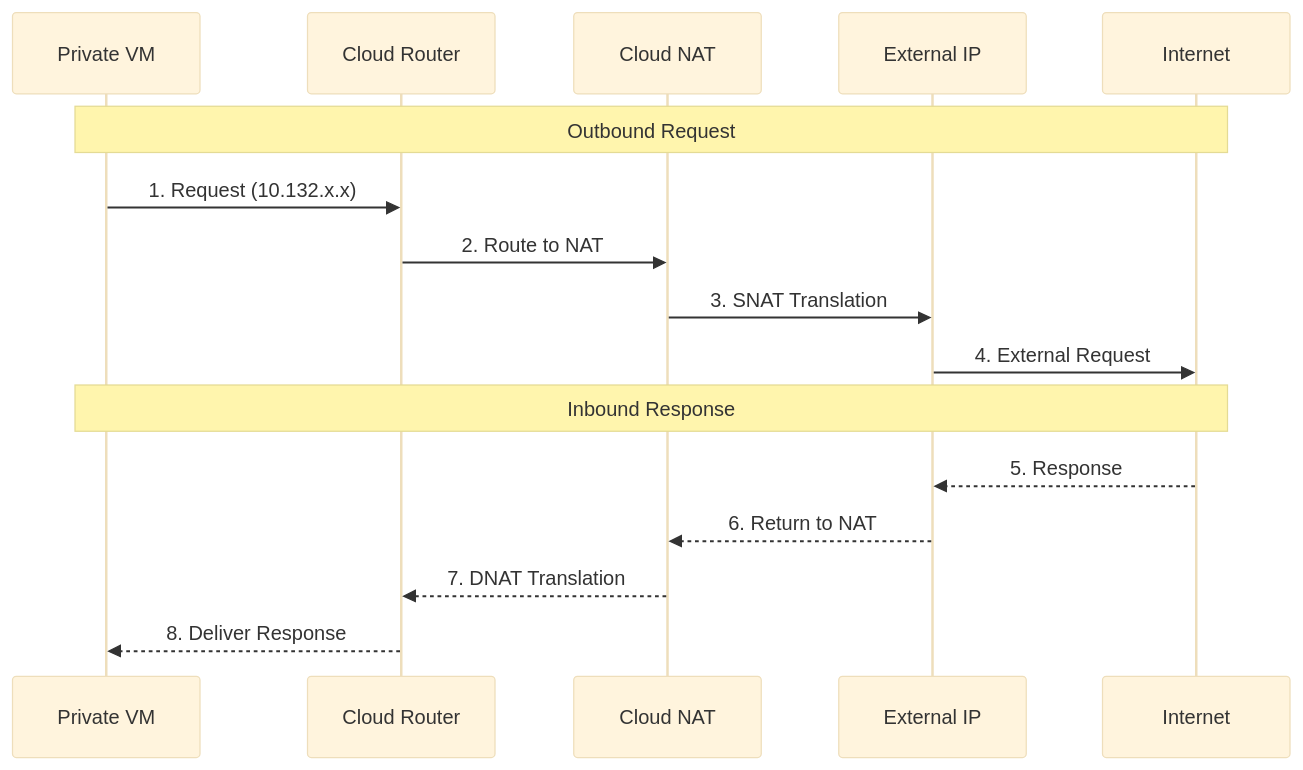
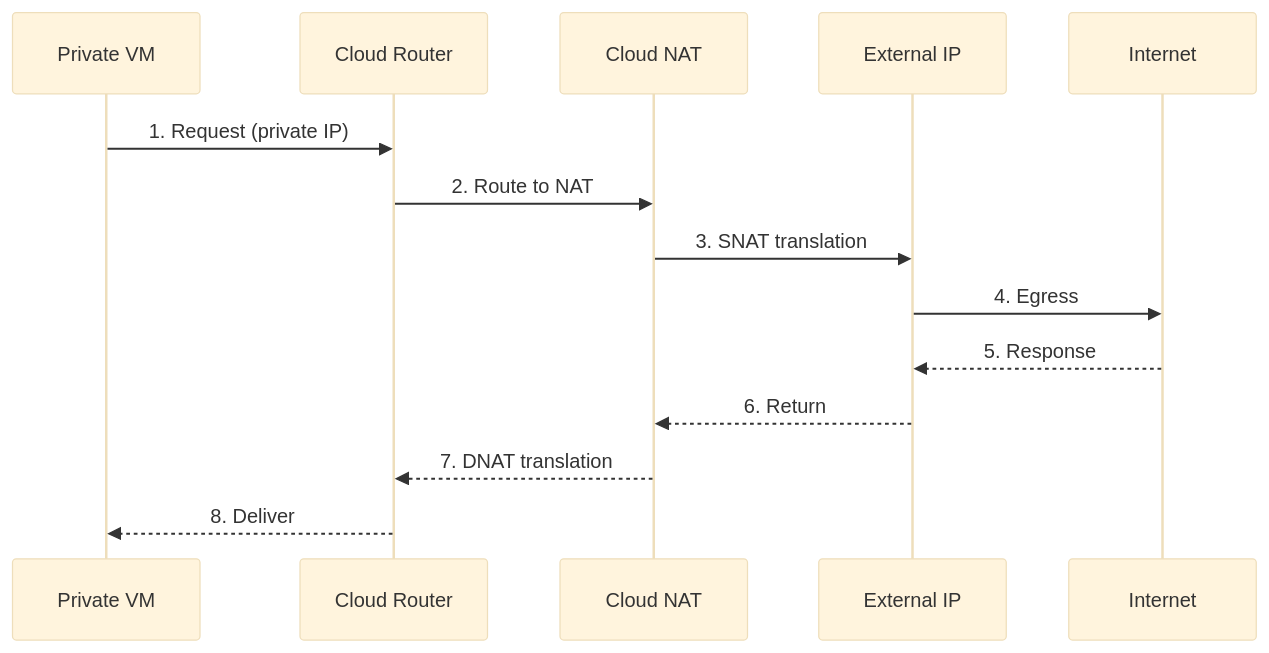
The second of 3 diagrams in docs/NETWORK_ARCHITECTURE.md (spolspol/terragrunt-gcp-org-automation), drawn with Mermaid (base theme) before and after one commit. The commit also changed other lines of this file and 36 other files, not shown here.

````diff
--- a/docs/NETWORK_ARCHITECTURE.md
+++ b/docs/NETWORK_ARCHITECTURE.md
@@ -318,20 +119,18 @@
 ```mermaid
 sequenceDiagram
     participant VM as Private VM
     participant Router as Cloud Router
     participant NAT as Cloud NAT
     participant IP as External IP
     participant Internet
-    
-    Note over VM,Internet: Outbound Request
-    VM->>Router: 1. Request (10.132.x.x)
+
+    VM->>Router: 1. Request (private IP)
     Router->>NAT: 2. Route to NAT
-    NAT->>IP: 3. SNAT Translation
-    IP->>Internet: 4. External Request
-    
-    Note over VM,Internet: Inbound Response
+    NAT->>IP: 3. SNAT translation
+    IP->>Internet: 4. Egress
+
     Internet-->>IP: 5. Response
-    IP-->>NAT: 6. Return to NAT
-    NAT-->>Router: 7. DNAT Translation
-    Router-->>VM: 8. Deliver Response
+    IP-->>NAT: 6. Return
+    NAT-->>Router: 7. DNAT translation
+    Router-->>VM: 8. Deliver
 ```
````
